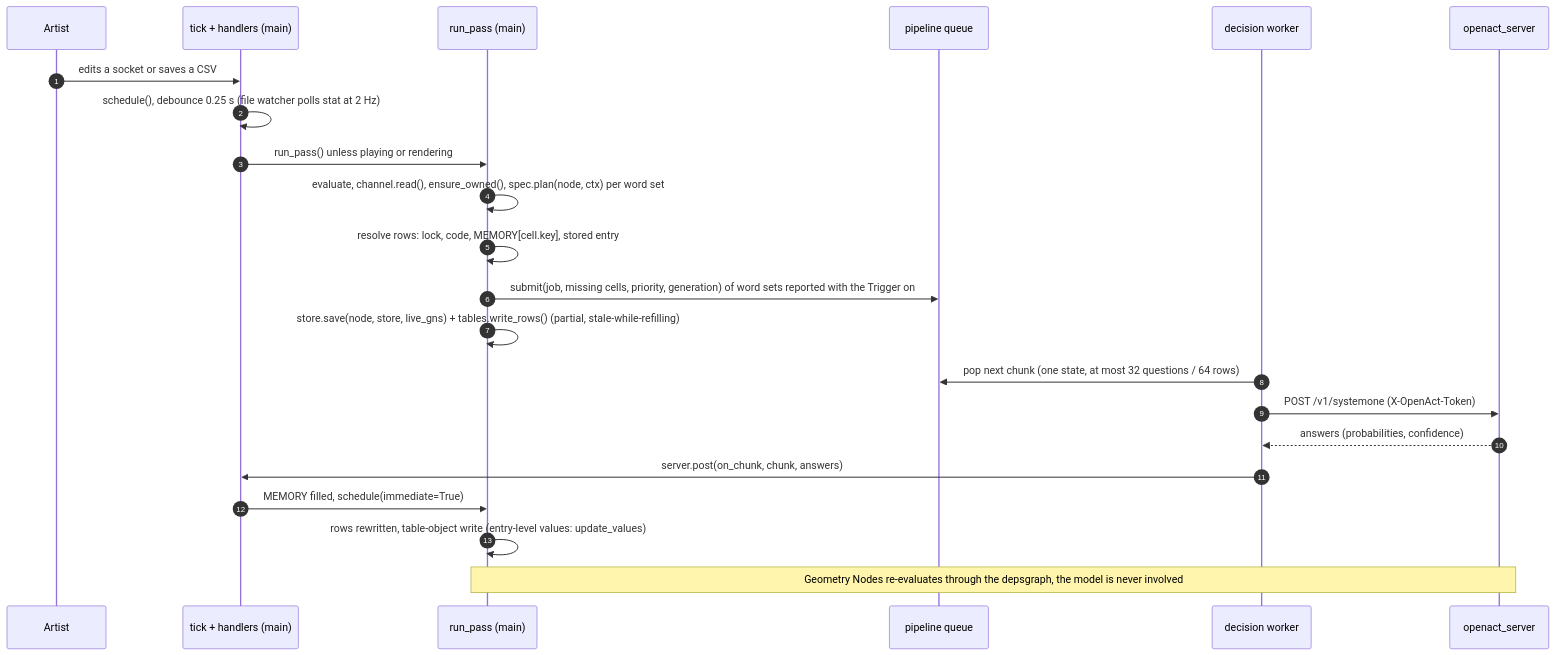
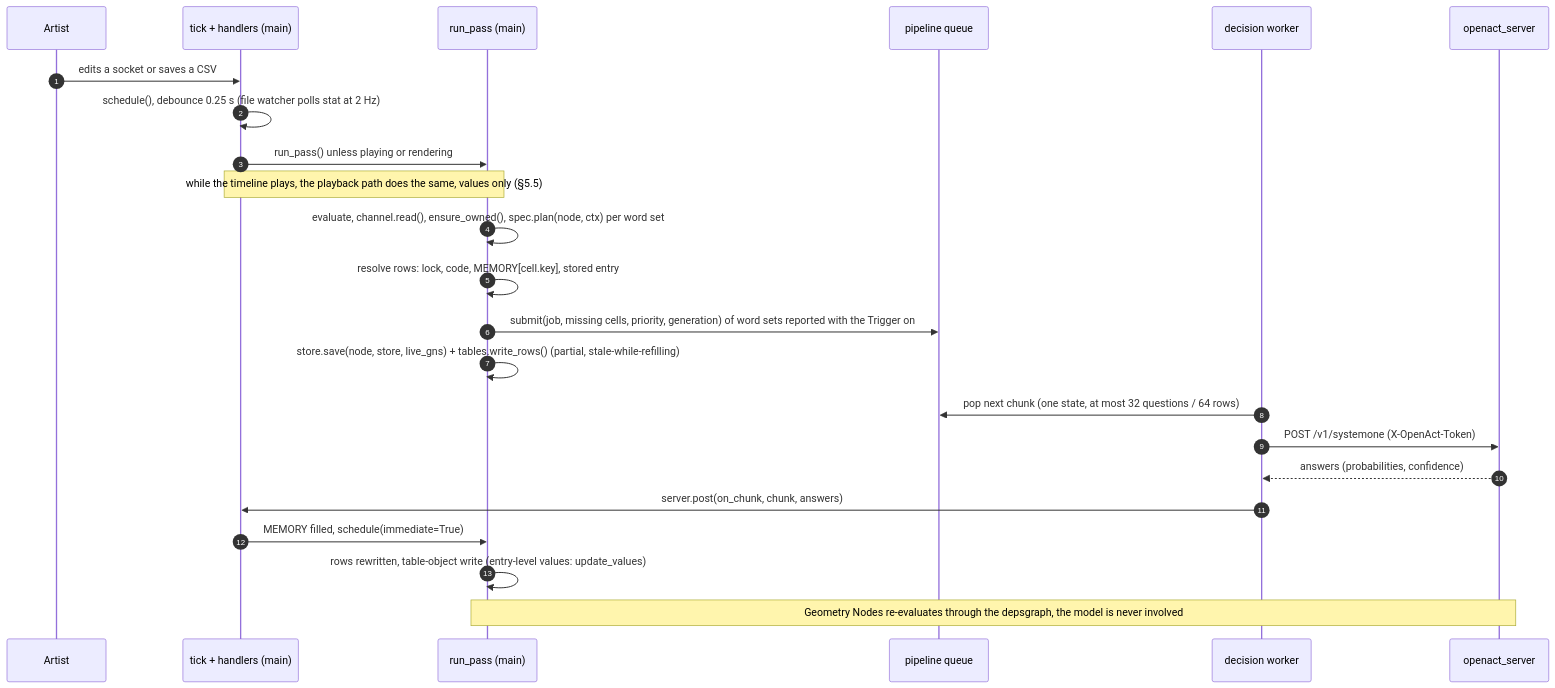
The third of 8 diagrams in docs/DESIGN.md (nicolaiprodromov/openact), drawn with Mermaid before and after one commit. The commit also changed other lines of this file and 6 other files, not shown here.

````diff
--- a/docs/DESIGN.md
+++ b/docs/DESIGN.md
@@ -673,24 +686,25 @@
 ```mermaid
 sequenceDiagram
   autonumber
   participant A as Artist
   participant T as tick + handlers (main)
   participant P as run_pass (main)
   participant Q as pipeline queue
   participant W as decision worker
   participant S as openact_server
   A->>T: edits a socket or saves a CSV
   T->>T: schedule(), debounce 0.25 s (file watcher polls stat at 2 Hz)
   T->>P: run_pass() unless playing or rendering
+  Note over T,P: while the timeline plays, the playback path does the same, values only (§5.5)
   P->>P: evaluate, channel.read(), ensure_owned(), spec.plan(node, ctx) per word set
   P->>P: resolve rows: lock, code, MEMORY[cell.key], stored entry
   P->>Q: submit(job, missing cells, priority, generation) of word sets reported with the Trigger on
   P->>P: store.save(node, store, live_gns) + tables.write_rows() (partial, stale-while-refilling)
   W->>Q: pop next chunk (one state, at most 32 questions / 64 rows)
   W->>S: POST /v1/systemone (X-OpenAct-Token)
   S-->>W: answers (probabilities, confidence)
   W->>T: server.post(on_chunk, chunk, answers)
   T->>P: MEMORY filled, schedule(immediate=True)
   P->>P: rows rewritten, table-object write (entry-level values: update_values)
   Note over P,S: Geometry Nodes re-evaluates through the depsgraph, the model is never involved
 ```
````
